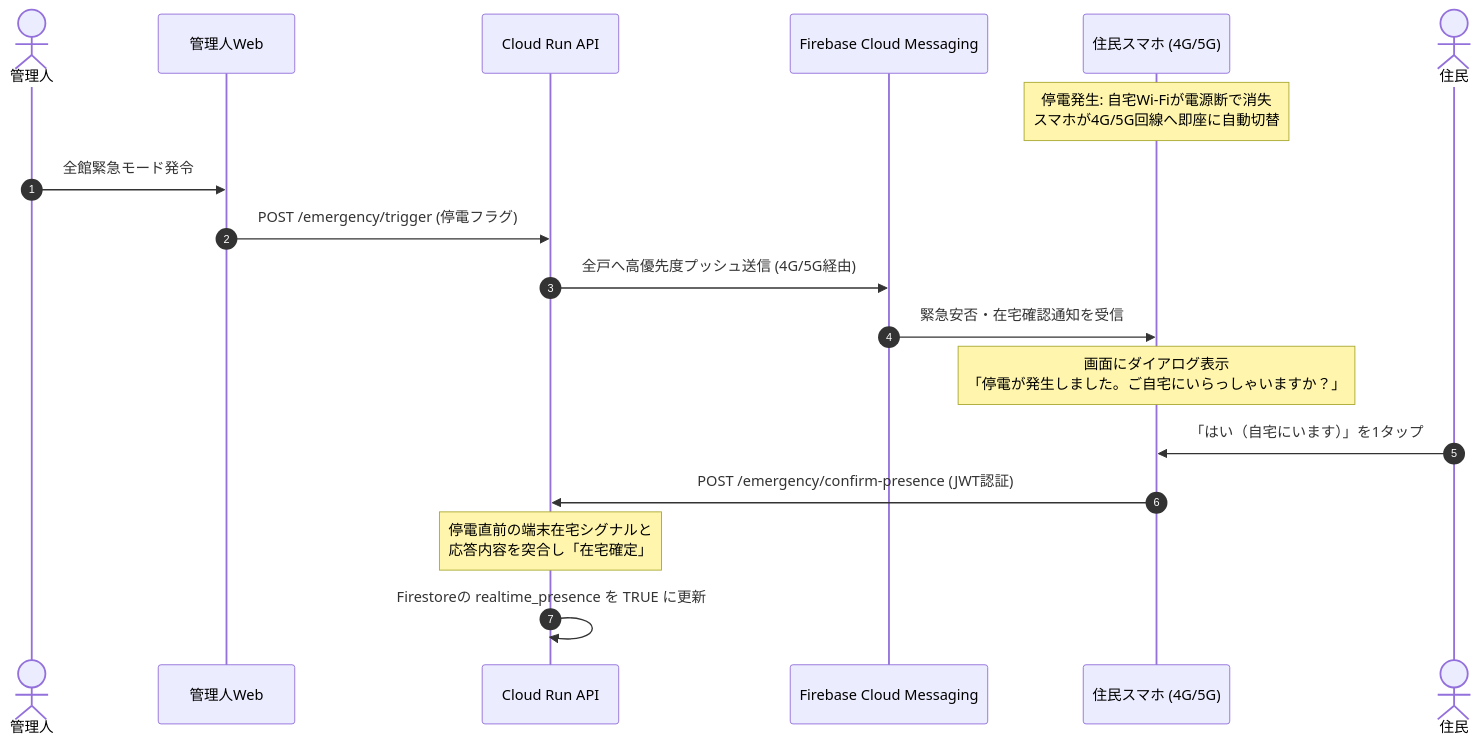
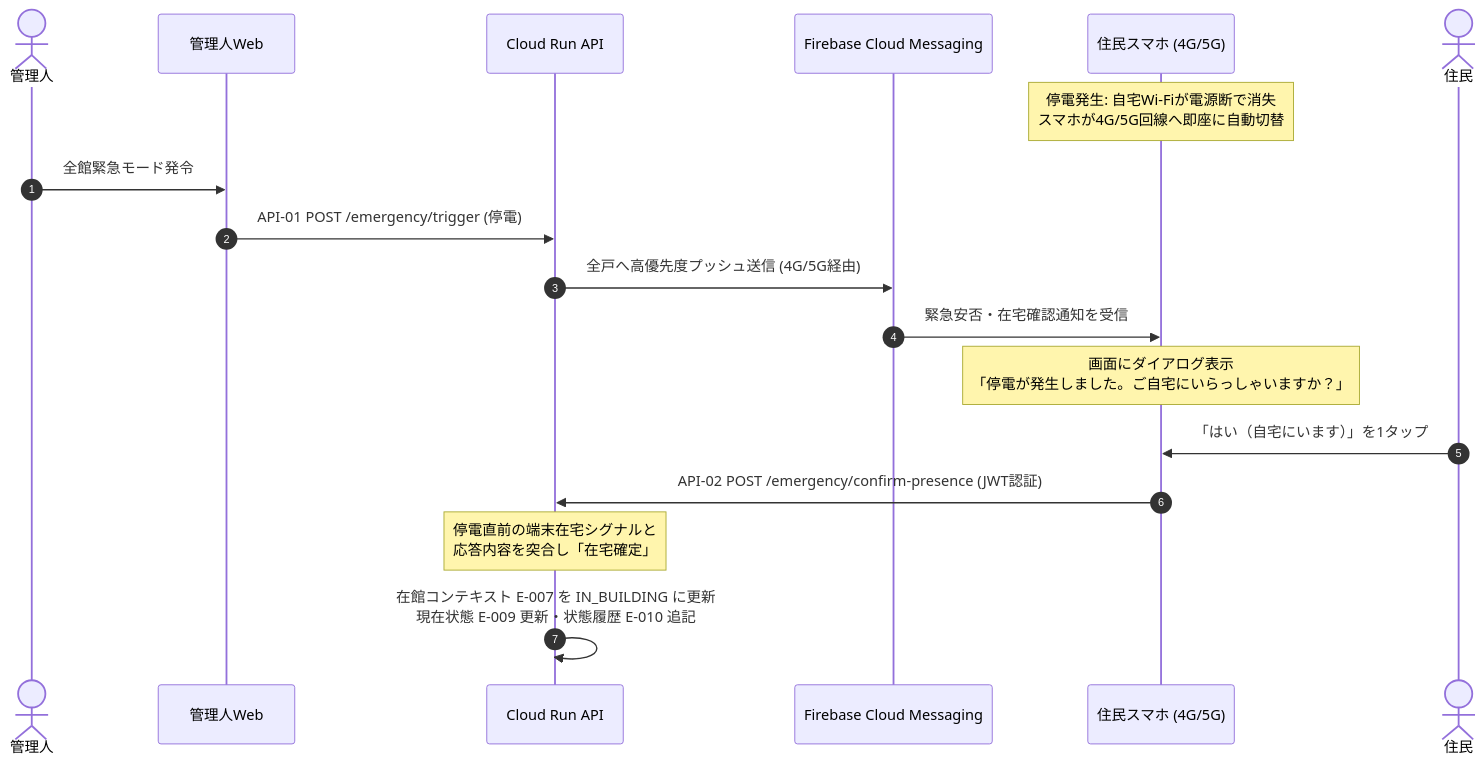
The second of 2 diagrams in docs/ARCHITECTURE.md (akakura-hackathon/zashikiwarashi), drawn with Mermaid before and after one commit. The commit also changed other lines of this file and 7 other files, not shown here.

First line of the commit message:
docs: ER図を正としてデータモデル関連の設計書を整合し、機能と設計を紐づけるIDを導入

````diff
--- a/docs/ARCHITECTURE.md
+++ b/docs/ARCHITECTURE.md
@@ -200,24 +201,24 @@
 ```mermaid
 sequenceDiagram
   autonumber
   actor 管理人
   participant AdminConsole as 管理人Web
   participant Run as Cloud Run API
   participant FCM as Firebase Cloud Messaging
   participant Phone as 住民スマホ (4G/5G)
   actor 住民
 
   Note over Phone: 停電発生: 自宅Wi-Fiが電源断で消失<br>スマホが4G/5G回線へ即座に自動切替
 
   管理人->>AdminConsole: 全館緊急モード発令
-  AdminConsole->>Run: POST /emergency/trigger (停電フラグ)
+  AdminConsole->>Run: API-01 POST /emergency/trigger (停電)
   Run->>FCM: 全戸へ高優先度プッシュ送信 (4G/5G経由)
   FCM->>Phone: 緊急安否・在宅確認通知を受信
 
   Note over Phone: 画面にダイアログ表示<br>「停電が発生しました。ご自宅にいらっしゃいますか？」
   住民->>Phone: 「はい（自宅にいます）」を1タップ
 
-  Phone->>Run: POST /emergency/confirm-presence (JWT認証)
+  Phone->>Run: API-02 POST /emergency/confirm-presence (JWT認証)
   Note over Run: 停電直前の端末在宅シグナルと<br>応答内容を突合し「在宅確定」
-  Run->>Run: Firestoreの realtime_presence を TRUE に更新
+  Run->>Run: 在館コンテキスト E-007 を IN_BUILDING に更新<br>現在状態 E-009 更新・状態履歴 E-010 追記
 ```
````
